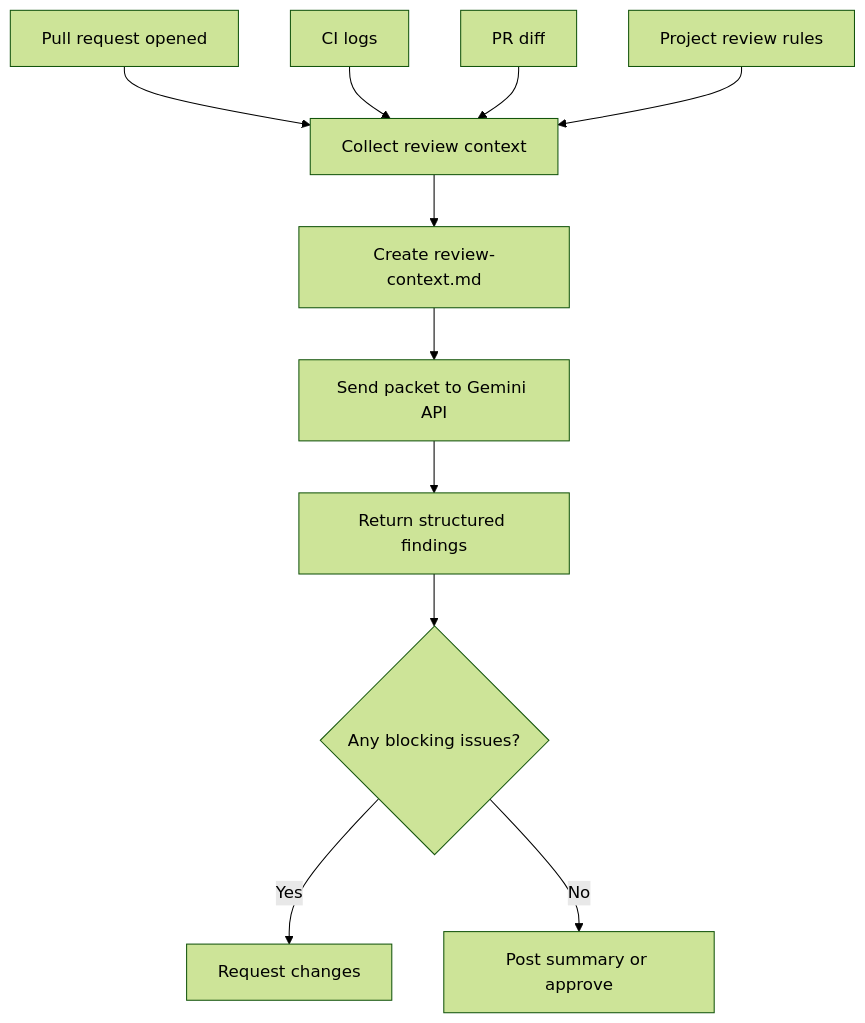
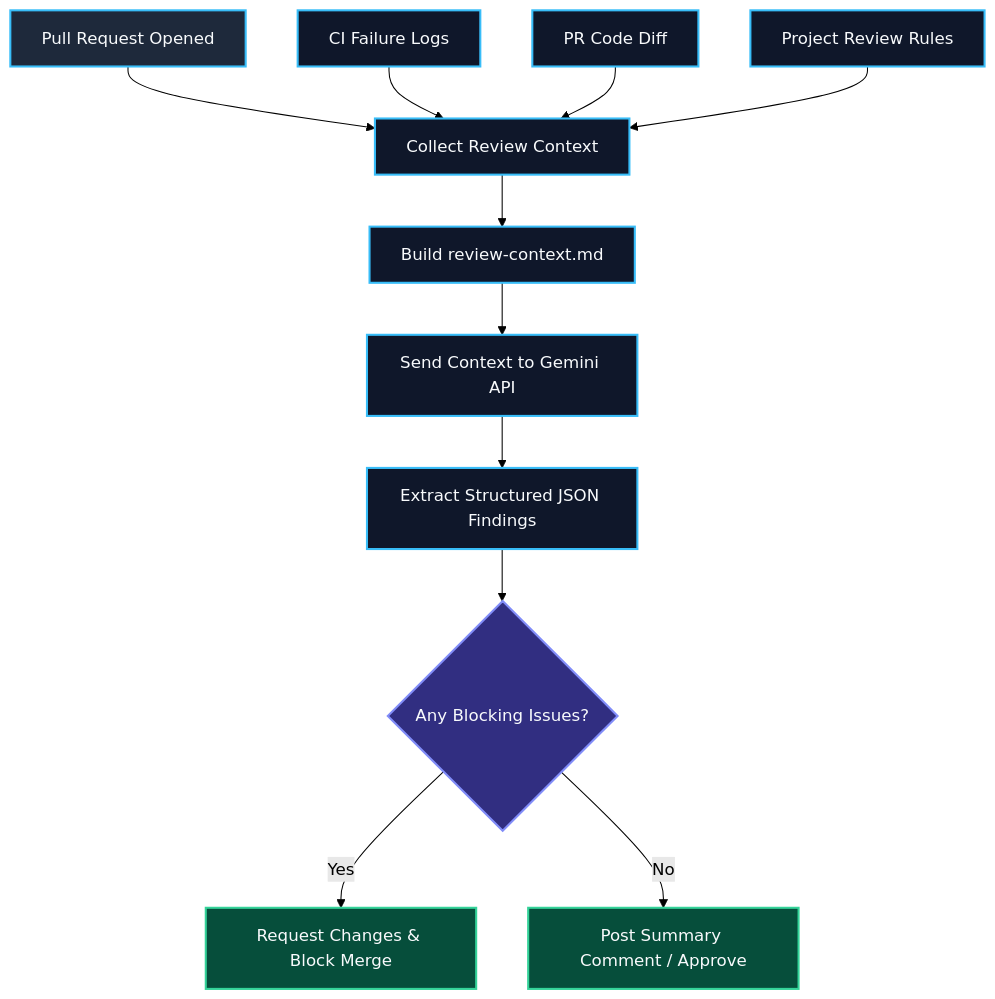
Before and after one commit to arii/portfolio: the diagram in src/content/research/gitops-pr-reviewer.md, drawn with Mermaid (forest theme). The commit also changed 3 other files, not shown here.

First line of the commit message:
Improve and polish Mermaid diagrams across research articles

````diff
--- a/src/content/research/gitops-pr-reviewer.md
+++ b/src/content/research/gitops-pr-reviewer.md
@@ -18,16 +18,25 @@
 ```mermaid
 flowchart TD
-  PR[Pull request opened] --> Collect[Collect review context]
-  Collect --> Packet[Create review-context.md]
+  classDef startNode fill:#1e293b,stroke:#38bdf8,stroke-width:2px,color:#f8fafc;
+  classDef processNode fill:#0f172a,stroke:#38bdf8,stroke-width:2px,color:#f8fafc;
+  classDef decisionNode fill:#312e81,stroke:#818cf8,stroke-width:2px,color:#f8fafc;
+  classDef actionNode fill:#064e3b,stroke:#34d399,stroke-width:2px,color:#f8fafc;
 
-  Packet --> Models[Send packet to Gemini API]
-  Models --> Findings[Return structured findings]
+  PR[Pull Request Opened] --> Collect[Collect Review Context]
+  CI[CI Failure Logs] --> Collect
+  Diff[PR Code Diff] --> Collect
+  Rules[Project Review Rules] --> Collect
 
-  Findings --> Decide{Any blocking issues?}
-  Decide -->|Yes| Changes[Request changes]
-  Decide -->|No| Summary[Post summary or approve]
+  Collect --> Packet[Build review-context.md]
+  Packet --> Models[Send Context to Gemini API]
+  Models --> Findings[Extract Structured JSON Findings]
 
-  CI[CI logs] --> Collect
-  Diff[PR diff] --> Collect
-  Rules[Project review rules] --> Collect
+  Findings --> Decide{Any Blocking Issues?}
+  Decide -->|Yes| Changes[Request Changes & Block Merge]
+  Decide -->|No| Summary[Post Summary Comment / Approve]
+
+  class PR startNode;
+  class Collect,CI,Diff,Rules,Packet,Models,Findings processNode;
+  class Decide decisionNode;
+  class Changes,Summary actionNode;
 ```
````
